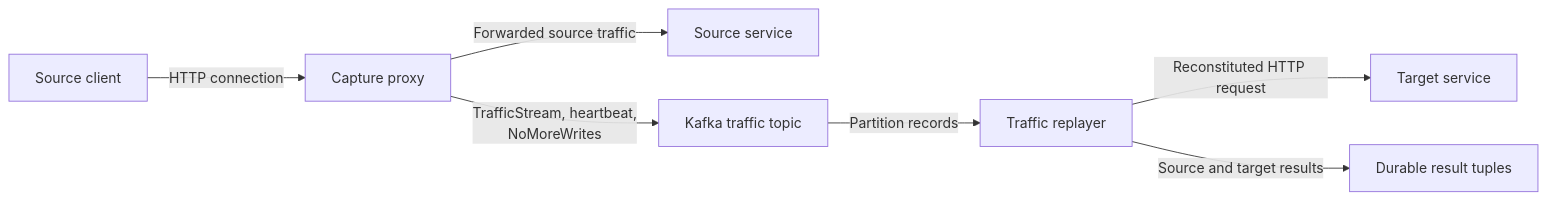
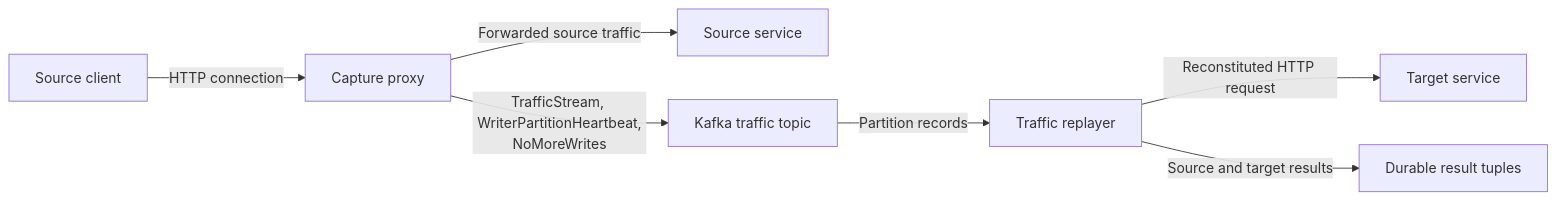
One commit to opensearch-project/opensearch-migrations changed the first of 3 diagrams in docs/captureAndReplayArchitecture.md. Above: the diagram before and after it, drawn with Mermaid. The commit also changed other lines of this file and 5 other files, not shown here.

````diff
--- a/docs/captureAndReplayArchitecture.md
+++ b/docs/captureAndReplayArchitecture.md
@@ -68,17 +58,17 @@
 ```mermaid
 flowchart LR
     Client["Source client"]
     Proxy["Capture proxy"]
     Source["Source service"]
     Kafka["Kafka traffic topic"]
     Replayer["Traffic replayer"]
     Target["Target service"]
     Tuples["Durable result tuples"]
 
     Client -->|"HTTP connection"| Proxy
     Proxy -->|"Forwarded source traffic"| Source
-    Proxy -->|"TrafficStream, heartbeat,<br/>NoMoreWrites"| Kafka
+    Proxy -->|"TrafficStream, WriterPartitionHeartbeat,<br/>NoMoreWrites"| Kafka
     Kafka -->|"Partition records"| Replayer
     Replayer -->|"Reconstituted HTTP request"| Target
     Replayer -->|"Source and target results"| Tuples
 ```
````
